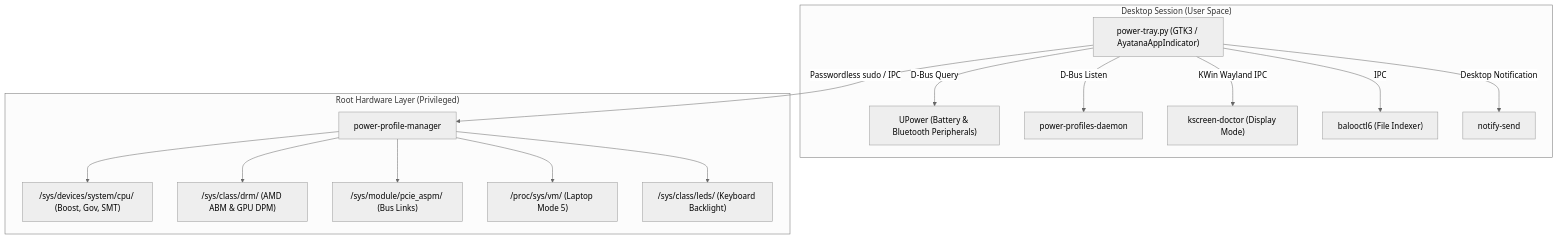
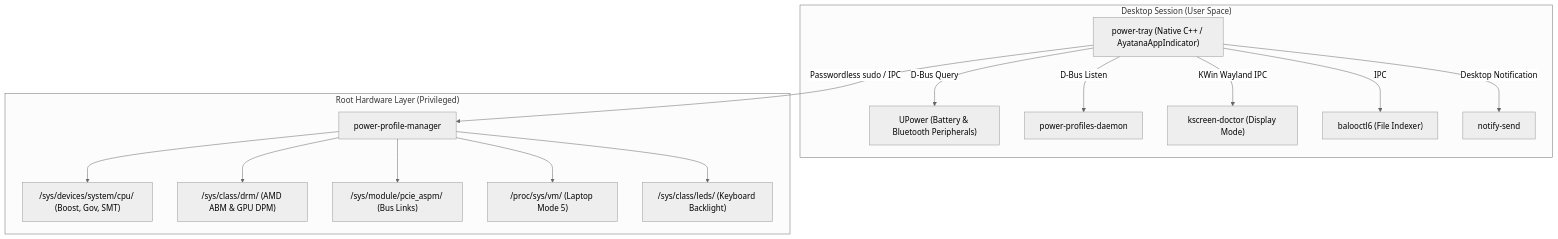
The diagram in docs/01-ARCHITECTURE.md (jedclub/thinkpower), drawn with Mermaid (neutral theme) before and after one commit. The commit also changed 12 other files, not shown here.

Commit message:
refactor: rewrite tray applet in native C++17 for ultra-low latency and memory footprint

````diff
--- a/docs/01-ARCHITECTURE.md
+++ b/docs/01-ARCHITECTURE.md
@@ -76,20 +76,20 @@
 ```mermaid
 graph TD
     subgraph "Desktop Session (User Space)"
-        A["power-tray.py (GTK3 / AyatanaAppIndicator)"]
+        A["power-tray (Native C++ / AyatanaAppIndicator)"]
         A -->|D-Bus Query| B["UPower (Battery & Bluetooth Peripherals)"]
         A -->|D-Bus Listen| C["power-profiles-daemon"]
         A -->|KWin Wayland IPC| D["kscreen-doctor (Display Mode)"]
         A -->|IPC| E["balooctl6 (File Indexer)"]
         A -->|Desktop Notification| F["notify-send"]
     end
 
     subgraph "Root Hardware Layer (Privileged)"
         A -->|Passwordless sudo / IPC| G["power-profile-manager"]
         G --> H["/sys/devices/system/cpu/ (Boost, Gov, SMT)"]
         G --> I["/sys/class/drm/ (AMD ABM & GPU DPM)"]
         G --> J["/sys/module/pcie_aspm/ (Bus Links)"]
         G --> K["/proc/sys/vm/ (Laptop Mode 5)"]
         G --> L["/sys/class/leds/ (Keyboard Backlight)"]
     end
 ```
````
